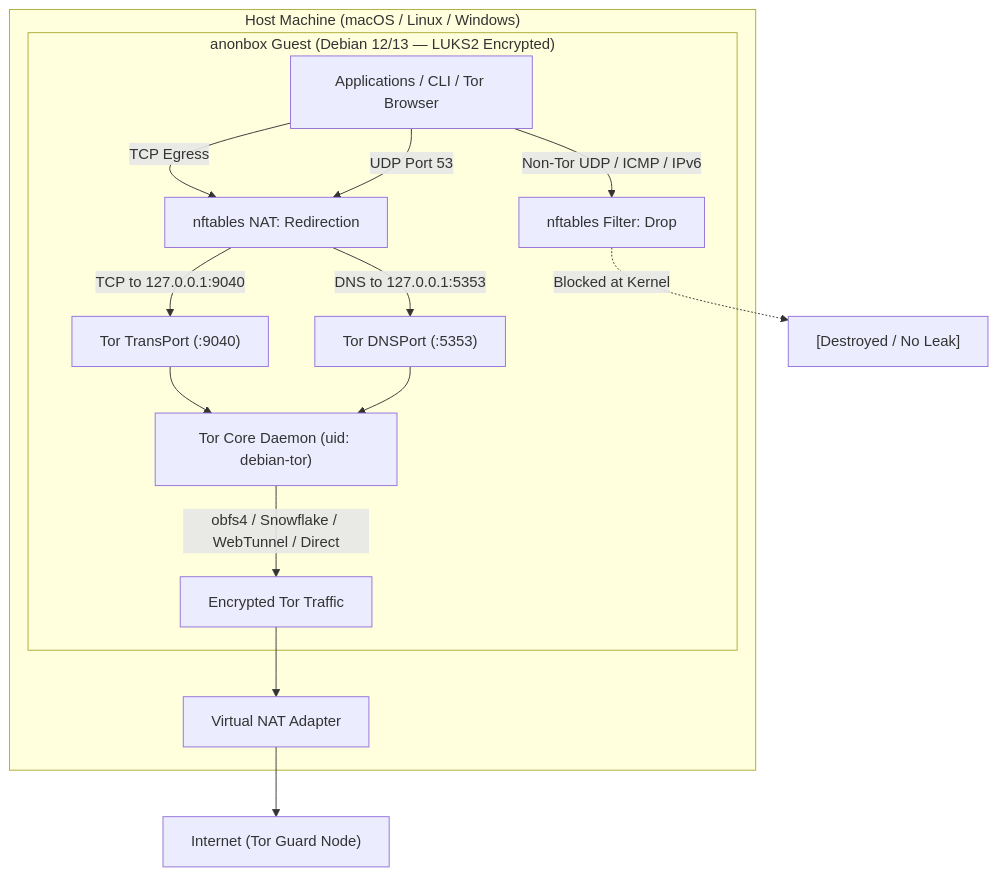
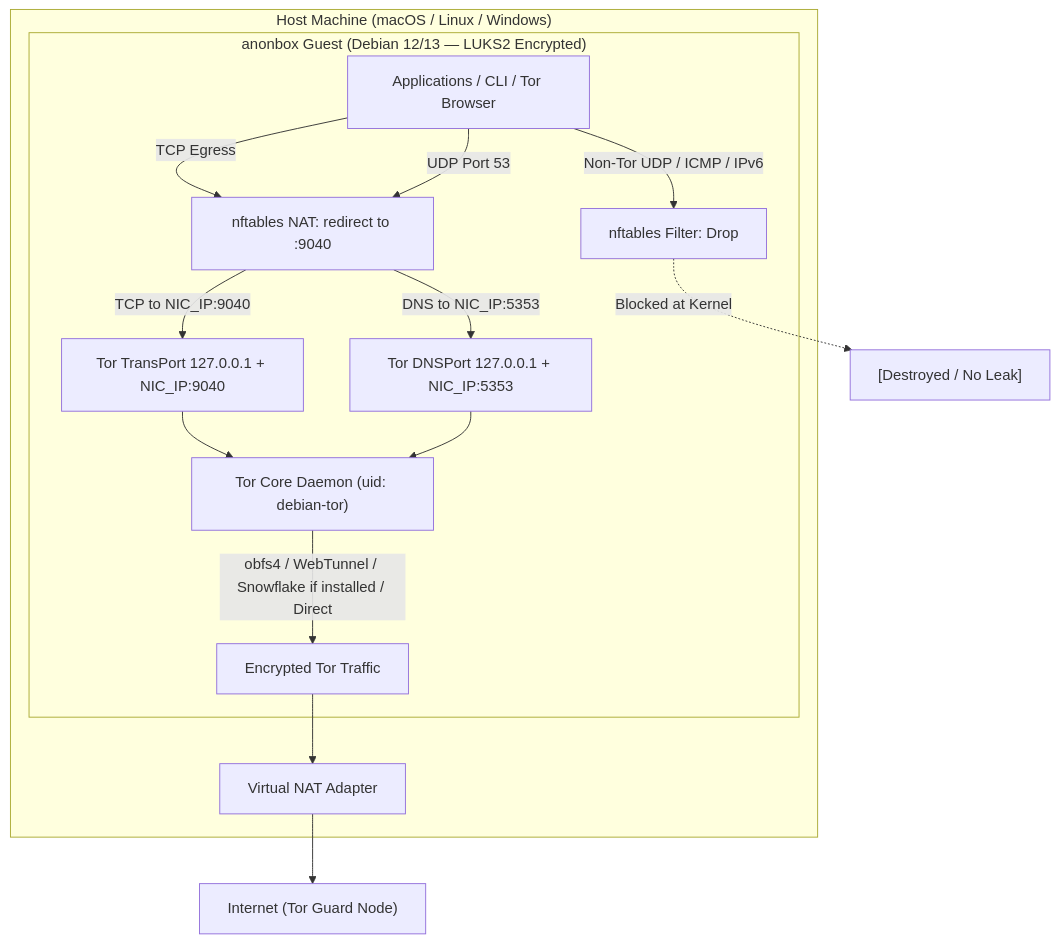
Before and after one commit to aleaz/anonbox: the first of 3 diagrams in docs/ARCHITECTURE.md, drawn with Mermaid. The commit also changed other lines of this file and 8 other files, not shown here.

````diff
--- a/docs/ARCHITECTURE.md
+++ b/docs/ARCHITECTURE.md
@@ -18,25 +18,25 @@
 ```mermaid
 flowchart TD
     subgraph Host["Host Machine (macOS / Linux / Windows)"]
         subgraph Guest["anonbox Guest (Debian 12/13 — LUKS2 Encrypted)"]
             Apps["Applications / CLI / Tor Browser"]
             
-            Apps -->|TCP Egress| NFT_NAT["nftables NAT: Redirection"]
+            Apps -->|TCP Egress| NFT_NAT["nftables NAT: redirect to :9040"]
             Apps -->|UDP Port 53| NFT_NAT
             Apps -->|Non-Tor UDP / ICMP / IPv6| NFT_FILTER["nftables Filter: Drop"]
             
-            NFT_NAT -->|TCP to 127.0.0.1:9040| Tor_TransPort["Tor TransPort (:9040)"]
-            NFT_NAT -->|DNS to 127.0.0.1:5353| Tor_DNSPort["Tor DNSPort (:5353)"]
+            NFT_NAT -->|TCP to NIC_IP:9040| Tor_TransPort["Tor TransPort 127.0.0.1 + NIC_IP:9040"]
+            NFT_NAT -->|DNS to NIC_IP:5353| Tor_DNSPort["Tor DNSPort 127.0.0.1 + NIC_IP:5353"]
             
             Tor_TransPort --> Tor_Core["Tor Core Daemon (uid: debian-tor)"]
             Tor_DNSPort --> Tor_Core
             
-            Tor_Core -->|obfs4 / Snowflake / WebTunnel / Direct| Tor_Outbound["Encrypted Tor Traffic"]
+            Tor_Core -->|obfs4 / WebTunnel / Snowflake if installed / Direct| Tor_Outbound["Encrypted Tor Traffic"]
         end
         
         Tor_Outbound --> NAT_Adapter["Virtual NAT Adapter"]
     end
     
     NAT_Adapter --> Internet["Internet (Tor Guard Node)"]
     NFT_FILTER -.->|Blocked at Kernel| DropNode["[Destroyed / No Leak]"]
 ```
````
